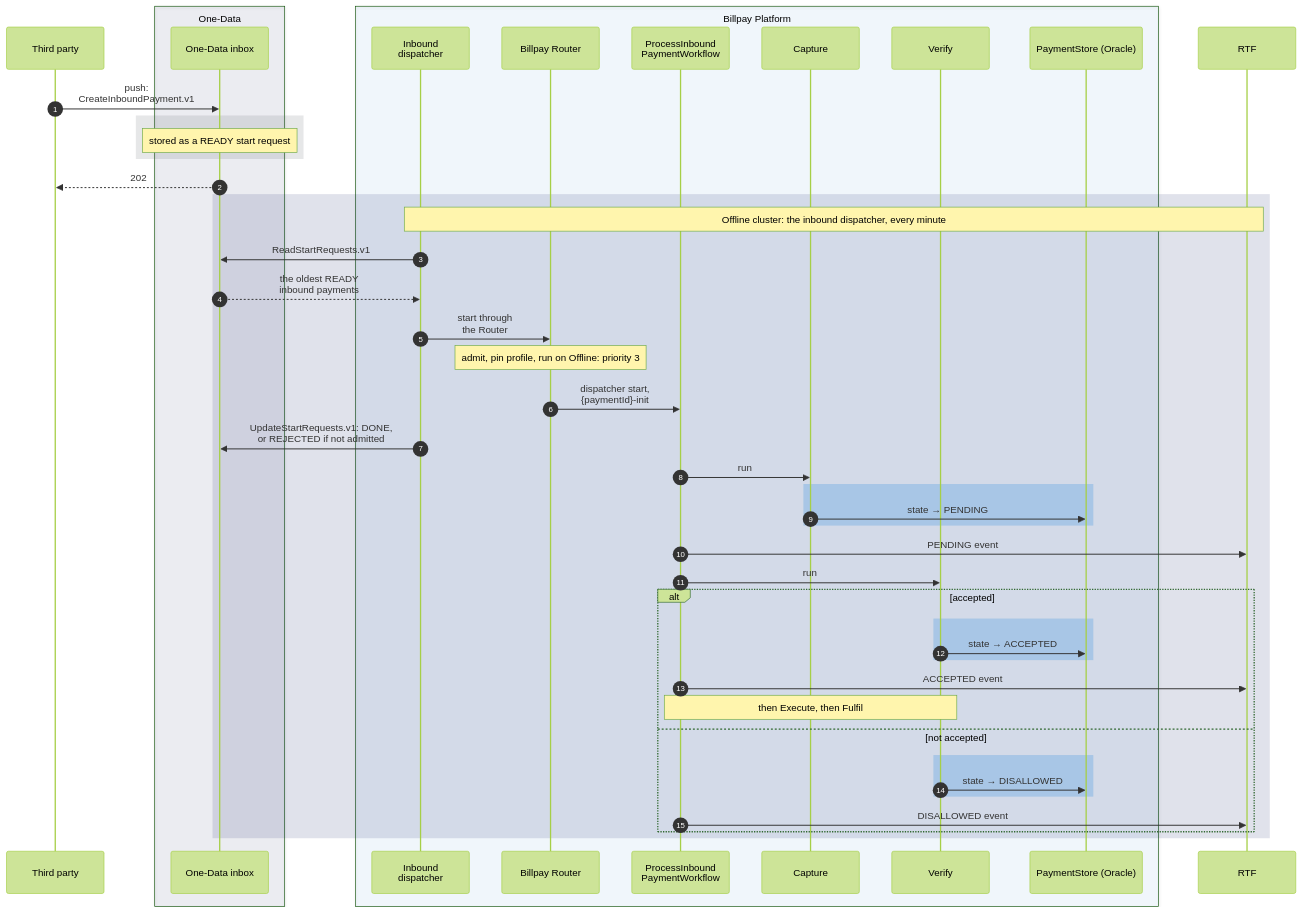
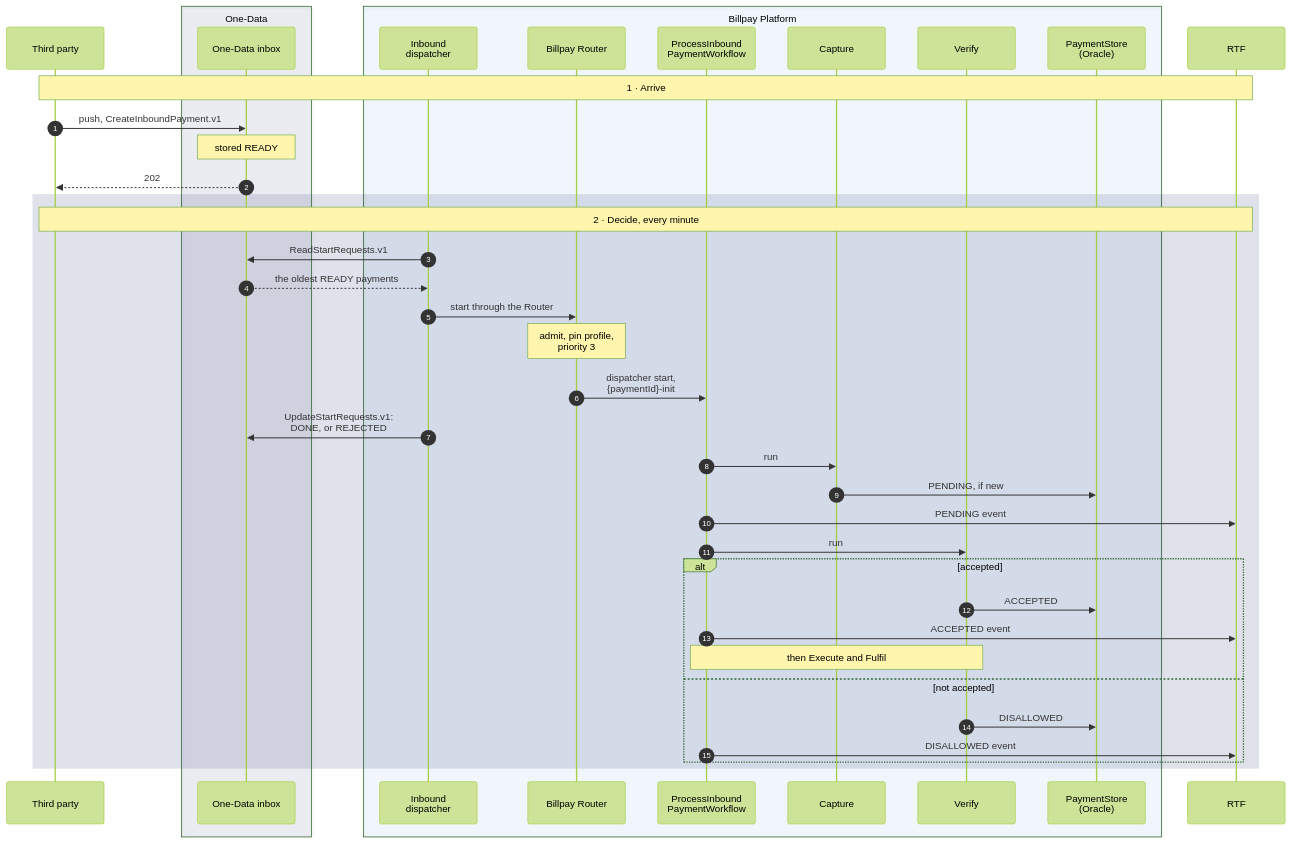
Before and after one commit to arunav-bhattacharya/billpay-book: the ninth of 16 diagrams in website/docs/design/sequence-diagrams.md, drawn with Mermaid (forest theme). The commit also changed other lines of this file and 43 other files, not shown here.

First line of the commit message:
One sequence-diagram style; journeys editable as YAML

````diff
--- a/website/docs/design/sequence-diagrams.md
+++ b/website/docs/design/sequence-diagrams.md
@@ -618,62 +500,55 @@
 ```mermaid
 ---
 config:
   fontFamily: "BentonSansUI, Helvetica, Arial, sans-serif"
   fontSize: 15
 ---
 sequenceDiagram
   %% Pink arrows: something outside starts or resumes the payment.
   %% trigger: dispatcher start
   autonumber
 
   participant TP as Third party
 
   box rgba(0,23,90,0.07) One-Data
     participant IN as One-Data inbox
   end
 
   box rgba(0,111,207,0.05) Billpay Platform
     participant ID as Inbound<br/>dispatcher
     participant R as Billpay Router
     participant WF as ProcessInbound<br/>PaymentWorkflow
     participant CAP as Capture
     participant VER as Verify
-    participant PS as PaymentStore (Oracle)
+    participant PS as PaymentStore<br/>(Oracle)
   end
 
   participant RTF
 
-  TP->>IN: push:<br/>CreateInboundPayment.v1
-  rect rgba(83,86,90,0.14)
-    Note over IN: stored as a READY start request
-  end
+  Note over TP,RTF: 1 · Arrive
+  TP->>IN: push, CreateInboundPayment.v1
+  Note over IN: stored READY
   IN-->>TP: 202
 
   rect rgba(0,23,90,0.12)
-    Note over ID,RTF: Offline cluster: the inbound dispatcher, every minute
+    Note over TP,RTF: 2 · Decide, every minute
     ID->>IN: ReadStartRequests.v1
-    IN-->>ID: the oldest READY<br/>inbound payments
-    ID->>R: start through<br/>the Router
-    Note over R: admit, pin profile, run on Offline: priority 3
+    IN-->>ID: the oldest READY payments
+    ID->>R: start through the Router
+    Note over R: admit, pin profile,<br/>priority 3
     R->>WF: dispatcher start,<br/>{paymentId}-init
-    ID->>IN: UpdateStartRequests.v1: DONE,<br/>or REJECTED if not admitted
+    ID->>IN: UpdateStartRequests.v1:<br/>DONE, or REJECTED
     WF->>CAP: run
-    rect rgba(102,169,226,0.40)
-      CAP->>PS: state → PENDING
-    end
+    CAP->>PS: PENDING, if new
     WF->>RTF: PENDING event
     WF->>VER: run
     alt accepted
-      rect rgba(102,169,226,0.40)
-        VER->>PS: state → ACCEPTED
-      end
+      VER->>PS: ACCEPTED
       WF->>RTF: ACCEPTED event
-      Note over WF,VER: then Execute, then Fulfil
+      Note over WF,VER: then Execute and Fulfil
     else not accepted
-      rect rgba(102,169,226,0.40)
-        VER->>PS: state → DISALLOWED
-      end
+      VER->>PS: DISALLOWED
       WF->>RTF: DISALLOWED event
     end
   end
 ```
````
